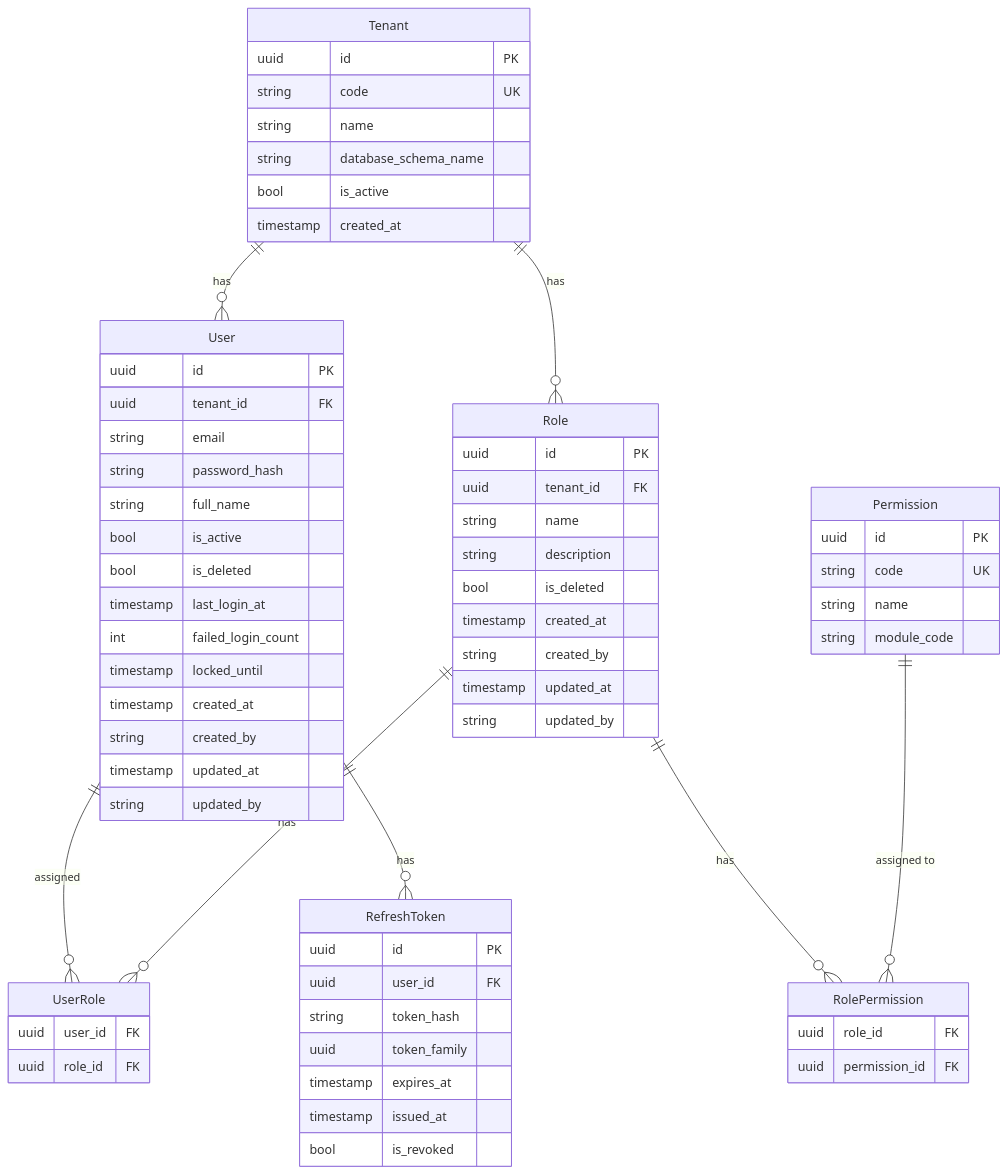
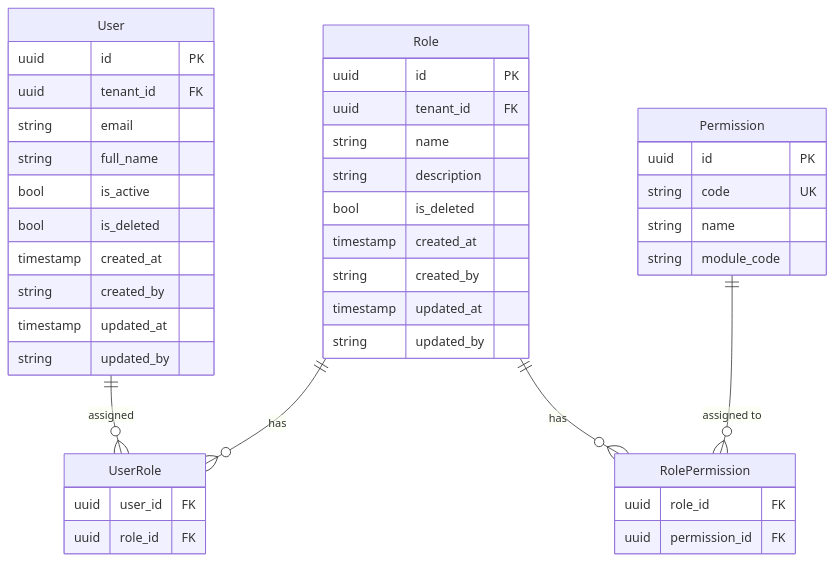
Before and after one commit to MrtDzung/PhanMemKeToan: the second of 2 diagrams in .specify/features/sys-auth-tenant/data-model.md, drawn with Mermaid. The commit also changed other lines of this file and 255 other files, not shown here.

````diff
--- a/.specify/features/sys-auth-tenant/data-model.md
+++ b/.specify/features/sys-auth-tenant/data-model.md
@@ -5,69 +98,45 @@
 ```mermaid
 erDiagram
-    Tenant {
-        uuid id PK
-        string code UK
-        string name
-        string database_schema_name
-        bool is_active
-        timestamp created_at
-    }
     User {
         uuid id PK
         uuid tenant_id FK
         string email
-        string password_hash
         string full_name
         bool is_active
         bool is_deleted
-        timestamp last_login_at
-        int failed_login_count
-        timestamp locked_until
         timestamp created_at
         string created_by
         timestamp updated_at
         string updated_by
     }
     Role {
         uuid id PK
         uuid tenant_id FK
         string name
         string description
         bool is_deleted
         timestamp created_at
         string created_by
         timestamp updated_at
         string updated_by
     }
     Permission {
         uuid id PK
         string code UK
         string name
         string module_code
     }
     UserRole {
         uuid user_id FK
         uuid role_id FK
     }
     RolePermission {
         uuid role_id FK
         uuid permission_id FK
     }
-    RefreshToken {
-        uuid id PK
-        uuid user_id FK
-        string token_hash
-        uuid token_family
-        timestamp expires_at
-        timestamp issued_at
-        bool is_revoked
-    }
 
-    Tenant ||--o{ User : "has"
-    Tenant ||--o{ Role : "has"
     User ||--o{ UserRole : "assigned"
     Role ||--o{ UserRole : "has"
     Role ||--o{ RolePermission : "has"
     Permission ||--o{ RolePermission : "assigned to"
-    User ||--o{ RefreshToken : "has"
 ```
````
